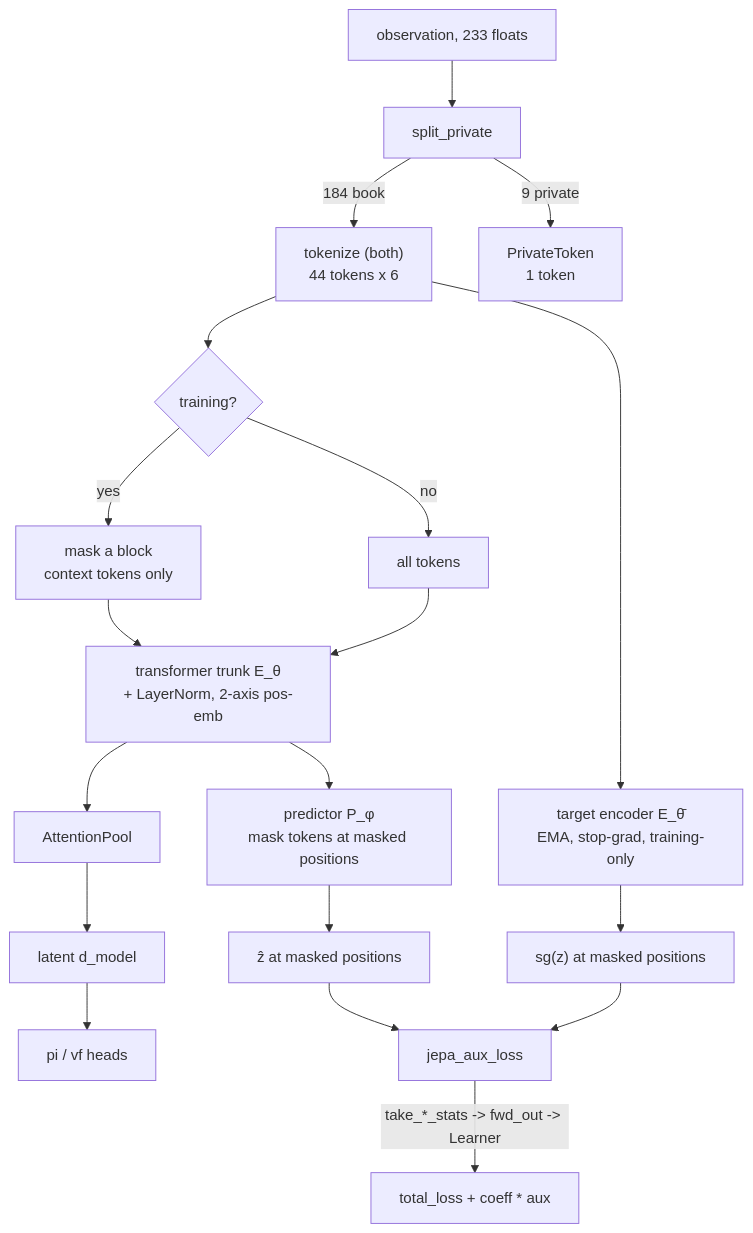
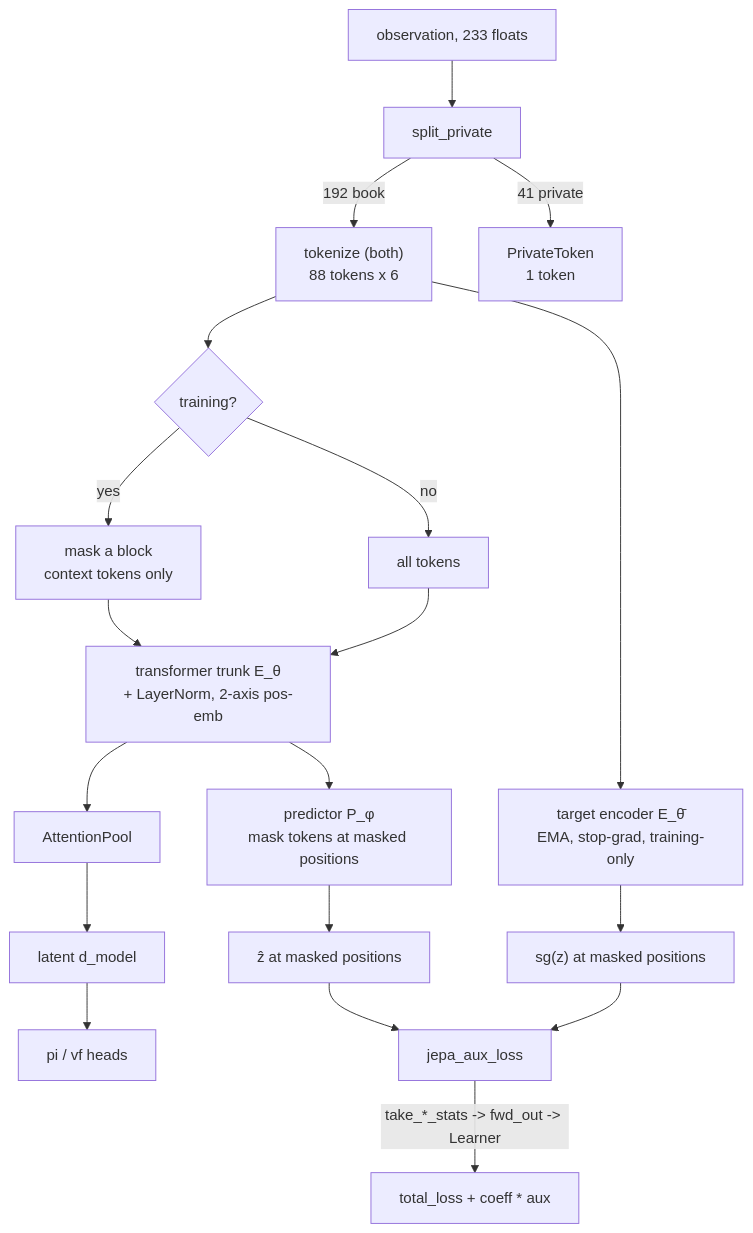
The third of 4 diagrams in doc/22_jepa_integration.md (ChuaCheowHuan/gym-continuousDoubleAuction), drawn with Mermaid before and after one commit. The commit also changed other lines of this file and 16 other files, not shown here.

````diff
--- a/doc/22_jepa_integration.md
+++ b/doc/22_jepa_integration.md
@@ -313,19 +313,19 @@
 ```mermaid
 flowchart TD
     OBS["observation, 233 floats"] --> SPLIT["split_private"]
-    SPLIT -->|"184 book"| TOK["tokenize (both)<br/>44 tokens x 6"]
-    SPLIT -->|"9 private"| PTOK["PrivateToken<br/>1 token"]
+    SPLIT -->|"192 book"| TOK["tokenize (both)<br/>88 tokens x 6"]
+    SPLIT -->|"41 private"| PTOK["PrivateToken<br/>1 token"]
     TOK --> MASK{"training?"}
     MASK -->|"yes"| CTX["mask a block<br/>context tokens only"]
     MASK -->|"no"| FULL["all tokens"]
     CTX --> ENC["transformer trunk E_θ<br/>+ LayerNorm, 2-axis pos-emb"]
     FULL --> ENC
     TOK --> TENC["target encoder E_θ̄<br/>EMA, stop-grad, training-only"]
     ENC --> POOL["AttentionPool"] --> LAT["latent d_model"] --> HEADS["pi / vf heads"]
     ENC --> PRED["predictor P_φ<br/>mask tokens at masked positions"]
     PRED --> ZP["ẑ at masked positions"]
     TENC --> ZT["sg(z) at masked positions"]
     ZP --> AUX["jepa_aux_loss"]
     ZT --> AUX
     AUX -->|"take_*_stats -> fwd_out -> Learner"| OPT["total_loss + coeff * aux"]
 ```
````
